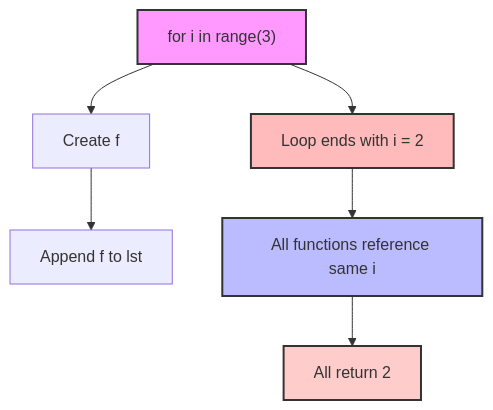
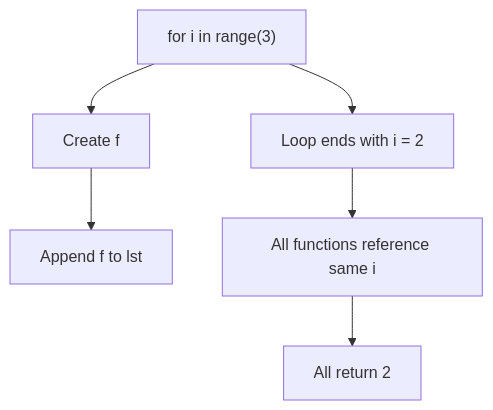
Before and after one commit to AhmeDiaaU/PythonDocumentation: the third of 9 diagrams in Functions/Closure.md, drawn with Mermaid. The commit also changed other lines of this file, not shown here.

````diff
--- a/Functions/Closure.md
+++ b/Functions/Closure.md
@@ -155,23 +81,8 @@
 ```mermaid
-
 flowchart TD
-
-    A["for i in range(3)"] --> B["Create f"]
-
-    B --> C["Append f to lst"]
-
-    A --> D["Loop ends with i = 2"]
-
-    D --> E["All functions reference same i"]
-
-    E --> F["All return 2"]
-
-    style A fill:#f9f,stroke:#333,stroke-width:2px
-
-    style D fill:#fbb,stroke:#333,stroke-width:2px
-
-    style E fill:#bbf,stroke:#333,stroke-width:2px
-
-    style F fill:#ffcccc,stroke:#333,stroke-width:2px
-
+    A["for i in range(3)"] --> B["Create f"]
+    B --> C["Append f to lst"]
+    A --> D["Loop ends with i = 2"]
+    D --> E["All functions reference same i"]
+    E --> F["All return 2"]
 ```
````
